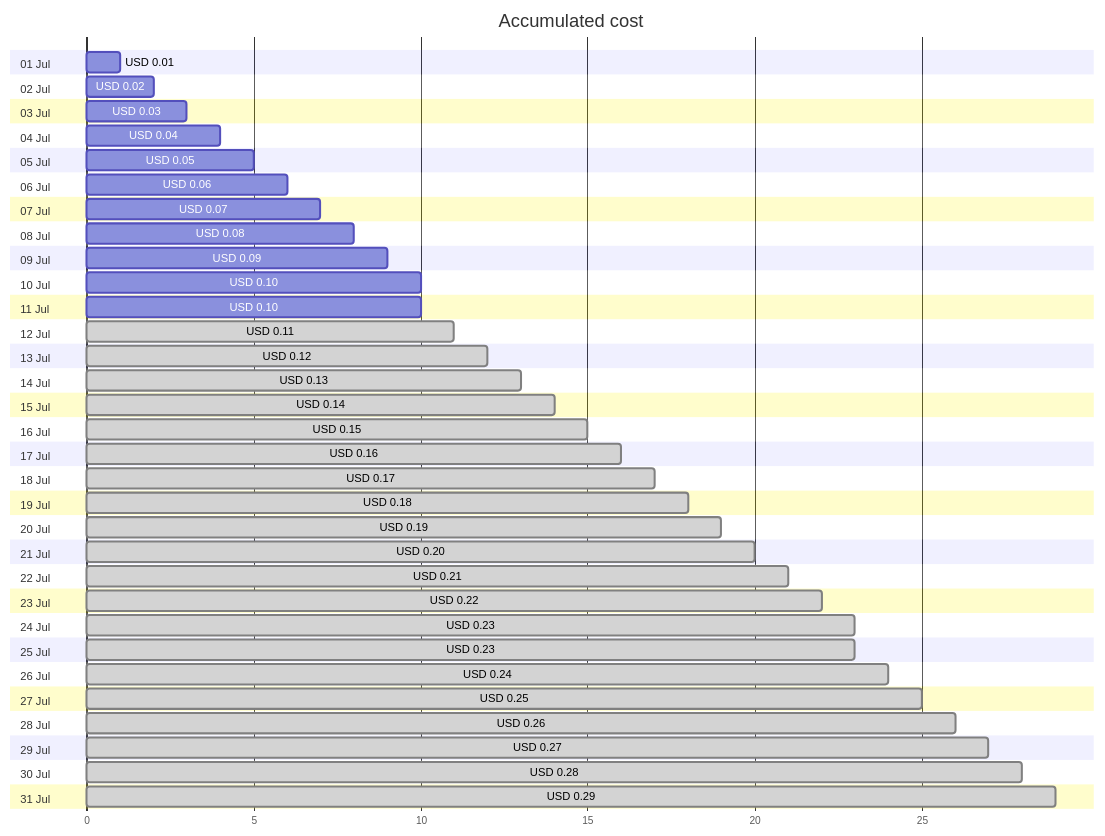
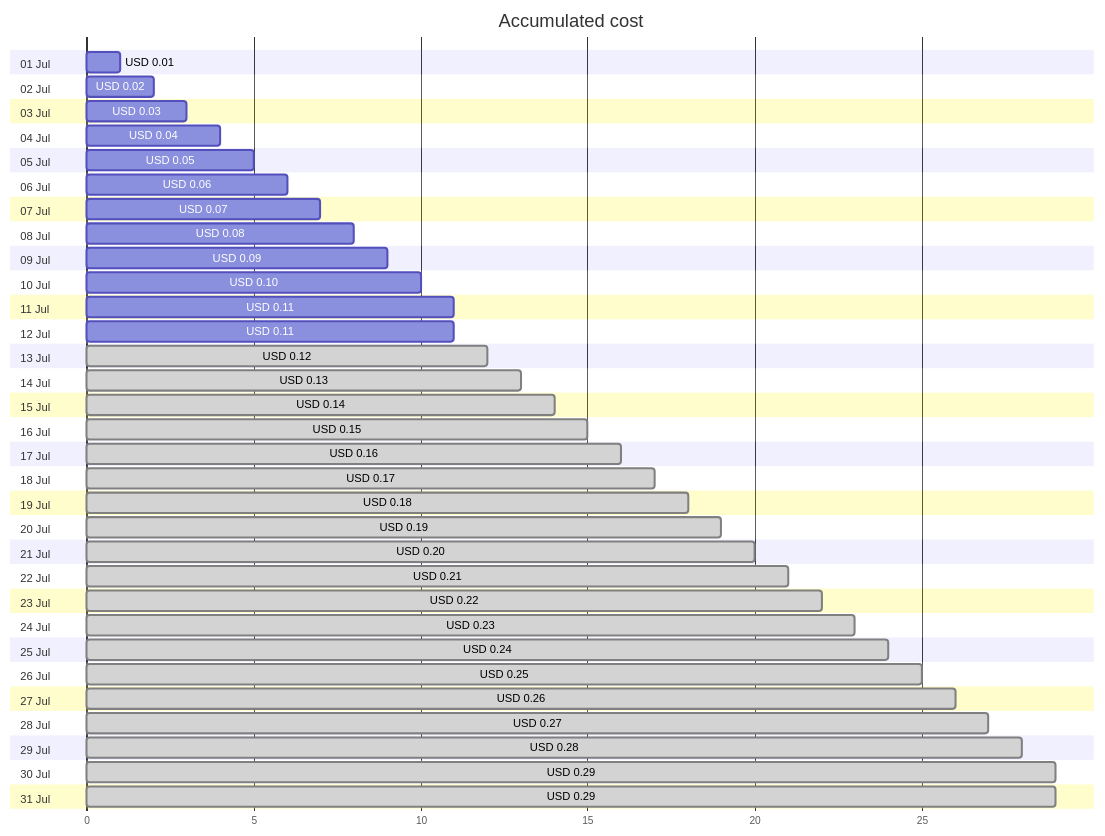
Before and after one commit to jpfulton/azure-personal-reports: the first of 4 diagrams in cost-reports/cloud-shell-storage-eastus/cs2100300008c8d894b.md, drawn with Mermaid. The commit also changed other lines of this file and 1 other file, not shown here.

````diff
--- a/cost-reports/cloud-shell-storage-eastus/cs2100300008c8d894b.md
+++ b/cost-reports/cloud-shell-storage-eastus/cs2100300008c8d894b.md
@@ -20,68 +20,68 @@
 ```mermaid
 gantt
    title Accumulated cost
    dateFormat  X
    axisFormat %s
    section 01 Jul
    USD 0.01 :0, 1
    section 02 Jul
    USD 0.02 :0, 2
    section 03 Jul
    USD 0.03 :0, 3
    section 04 Jul
    USD 0.04 :0, 4
    section 05 Jul
    USD 0.05 :0, 5
    section 06 Jul
    USD 0.06 :0, 6
    section 07 Jul
    USD 0.07 :0, 7
    section 08 Jul
    USD 0.08 :0, 8
    section 09 Jul
    USD 0.09 :0, 9
    section 10 Jul
    USD 0.10 :0, 10
    section 11 Jul
-   USD 0.10 :0, 10
+   USD 0.11 :0, 11
    section 12 Jul
-   USD 0.11 : done, 0, 11
+   USD 0.11 :0, 11
    section 13 Jul
    USD 0.12 : done, 0, 12
    section 14 Jul
    USD 0.13 : done, 0, 13
    section 15 Jul
    USD 0.14 : done, 0, 14
    section 16 Jul
    USD 0.15 : done, 0, 15
    section 17 Jul
    USD 0.16 : done, 0, 16
    section 18 Jul
    USD 0.17 : done, 0, 17
    section 19 Jul
    USD 0.18 : done, 0, 18
    section 20 Jul
    USD 0.19 : done, 0, 19
    section 21 Jul
    USD 0.20 : done, 0, 20
    section 22 Jul
    USD 0.21 : done, 0, 21
    section 23 Jul
    USD 0.22 : done, 0, 22
    section 24 Jul
    USD 0.23 : done, 0, 23
    section 25 Jul
-   USD 0.23 : done, 0, 23
+   USD 0.24 : done, 0, 24
    section 26 Jul
-   USD 0.24 : done, 0, 24
+   USD 0.25 : done, 0, 25
    section 27 Jul
-   USD 0.25 : done, 0, 25
+   USD 0.26 : done, 0, 26
    section 28 Jul
-   USD 0.26 : done, 0, 26
+   USD 0.27 : done, 0, 27
    section 29 Jul
-   USD 0.27 : done, 0, 27
+   USD 0.28 : done, 0, 28
    section 30 Jul
-   USD 0.28 : done, 0, 28
+   USD 0.29 : done, 0, 29
    section 31 Jul
    USD 0.29 : done, 0, 29
 ```
````
